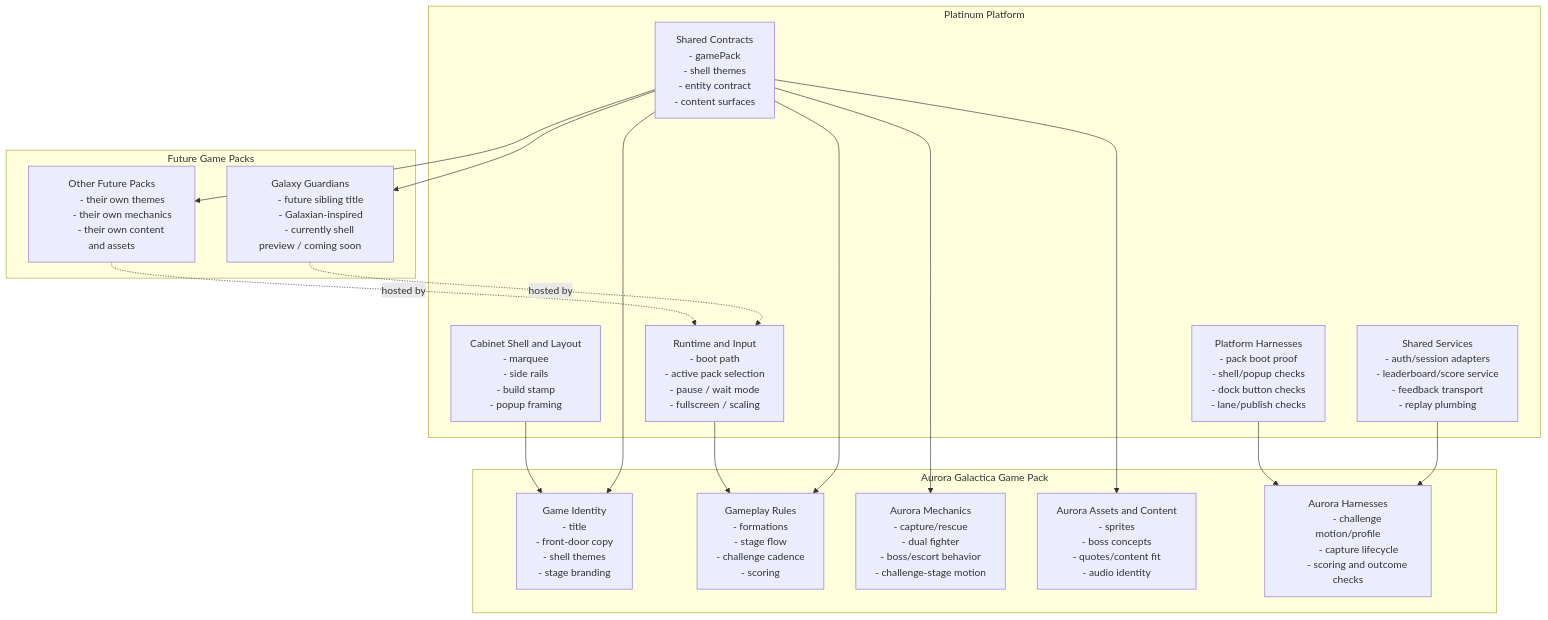
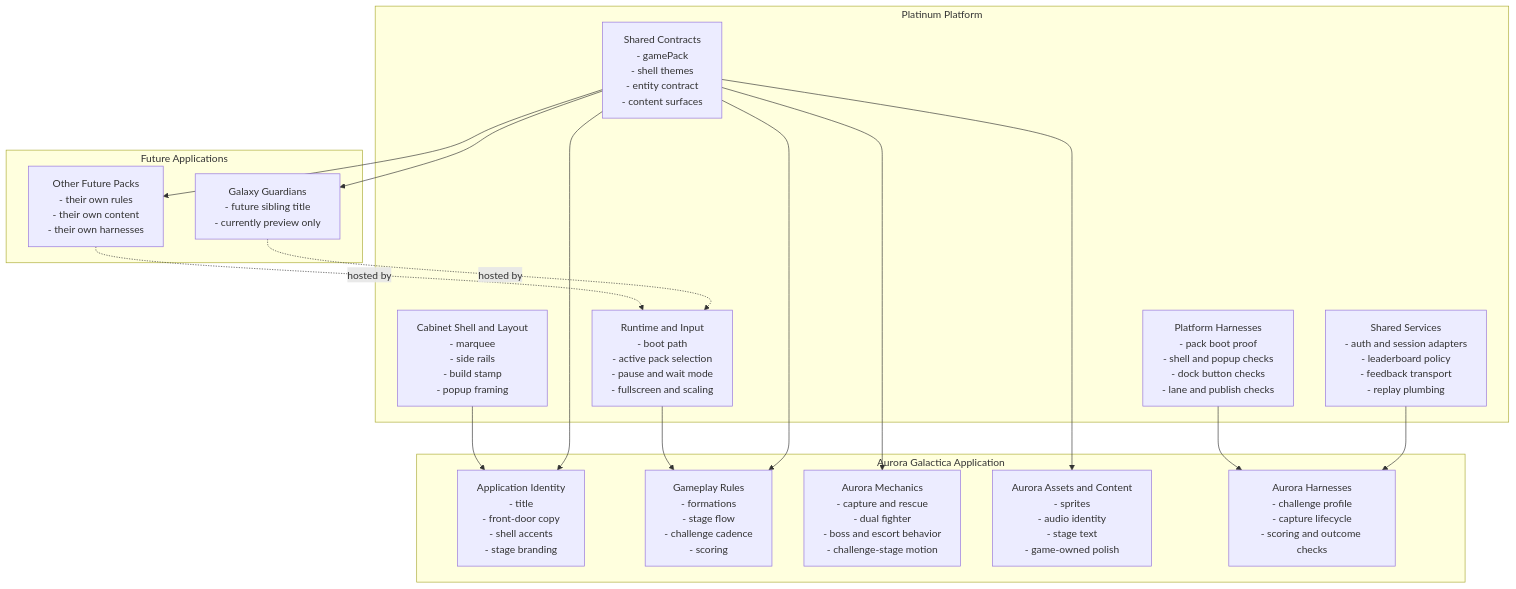
One commit to sgwoods/Codex-Test1 changed the diagram in PLATINUM_ARCHITECTURE_OVERVIEW.md. Above: the diagram before and after it, drawn with Mermaid. The commit also changed other lines of this file and 22 other files, not shown here.

````diff
--- a/PLATINUM_ARCHITECTURE_OVERVIEW.md
+++ b/PLATINUM_ARCHITECTURE_OVERVIEW.md
@@ -15,69 +19,24 @@
 ```mermaid
 flowchart TB
     subgraph "Platinum Platform"
-        P1["Cabinet Shell and Layout
-        - marquee
-        - side rails
-        - build stamp
-        - popup framing"]
-        P2["Runtime and Input
-        - boot path
-        - active pack selection
-        - pause / wait mode
-        - fullscreen / scaling"]
-        P3["Shared Services
-        - auth/session adapters
-        - leaderboard/score service
-        - feedback transport
-        - replay plumbing"]
-        P4["Platform Harnesses
-        - pack boot proof
-        - shell/popup checks
-        - dock button checks
-        - lane/publish checks"]
-        P5["Shared Contracts
-        - gamePack
-        - shell themes
-        - entity contract
-        - content surfaces"]
+        P1["Cabinet Shell and Layout\n- marquee\n- side rails\n- build stamp\n- popup framing"]
+        P2["Runtime and Input\n- boot path\n- active pack selection\n- pause and wait mode\n- fullscreen and scaling"]
+        P3["Shared Services\n- auth and session adapters\n- leaderboard policy\n- feedback transport\n- replay plumbing"]
+        P4["Platform Harnesses\n- pack boot proof\n- shell and popup checks\n- dock button checks\n- lane and publish checks"]
+        P5["Shared Contracts\n- gamePack\n- shell themes\n- entity contract\n- content surfaces"]
     end
 
-    subgraph "Aurora Galactica Game Pack"
-        A1["Game Identity
-        - title
-        - front-door copy
-        - shell themes
-        - stage branding"]
-        A2["Gameplay Rules
-        - formations
-        - stage flow
-        - challenge cadence
-        - scoring"]
-        A3["Aurora Mechanics
-        - capture/rescue
-        - dual fighter
-        - boss/escort behavior
-        - challenge-stage motion"]
-        A4["Aurora Assets and Content
-        - sprites
-        - boss concepts
-        - quotes/content fit
-        - audio identity"]
-        A5["Aurora Harnesses
-        - challenge motion/profile
-        - capture lifecycle
-        - scoring and outcome checks"]
+    subgraph "Aurora Galactica Application"
+        A1["Application Identity\n- title\n- front-door copy\n- shell accents\n- stage branding"]
+        A2["Gameplay Rules\n- formations\n- stage flow\n- challenge cadence\n- scoring"]
+        A3["Aurora Mechanics\n- capture and rescue\n- dual fighter\n- boss and escort behavior\n- challenge-stage motion"]
+        A4["Aurora Assets and Content\n- sprites\n- audio identity\n- stage text\n- game-owned polish"]
+        A5["Aurora Harnesses\n- challenge profile\n- capture lifecycle\n- scoring and outcome checks"]
     end
 
-    subgraph "Future Game Packs"
-        G1["Galaxy Guardians
-        - future sibling title
-        - Galaxian-inspired
-        - currently shell preview / coming soon"]
-        G2["Other Future Packs
-        - their own themes
-        - their own mechanics
-        - their own content and assets"]
+    subgraph "Future Applications"
+        G1["Galaxy Guardians\n- future sibling title\n- currently preview only"]
+        G2["Other Future Packs\n- their own rules\n- their own content\n- their own harnesses"]
     end
 
     P5 --> A1
````
